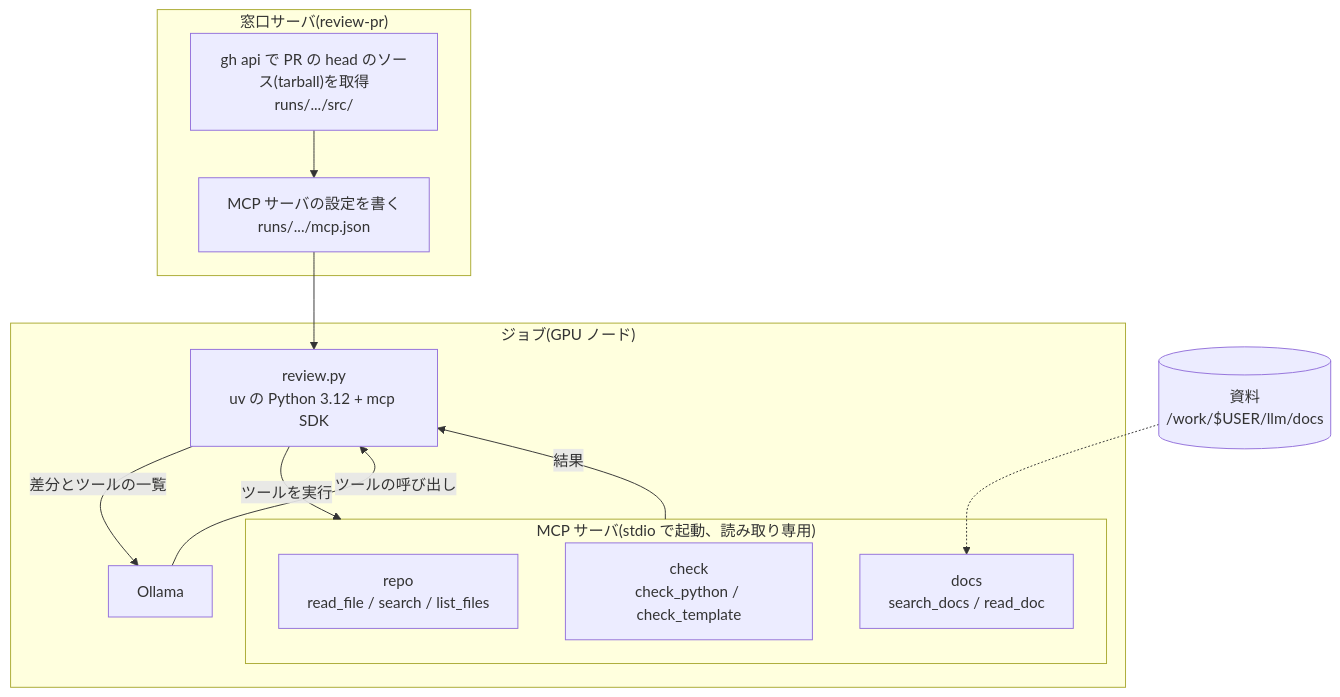
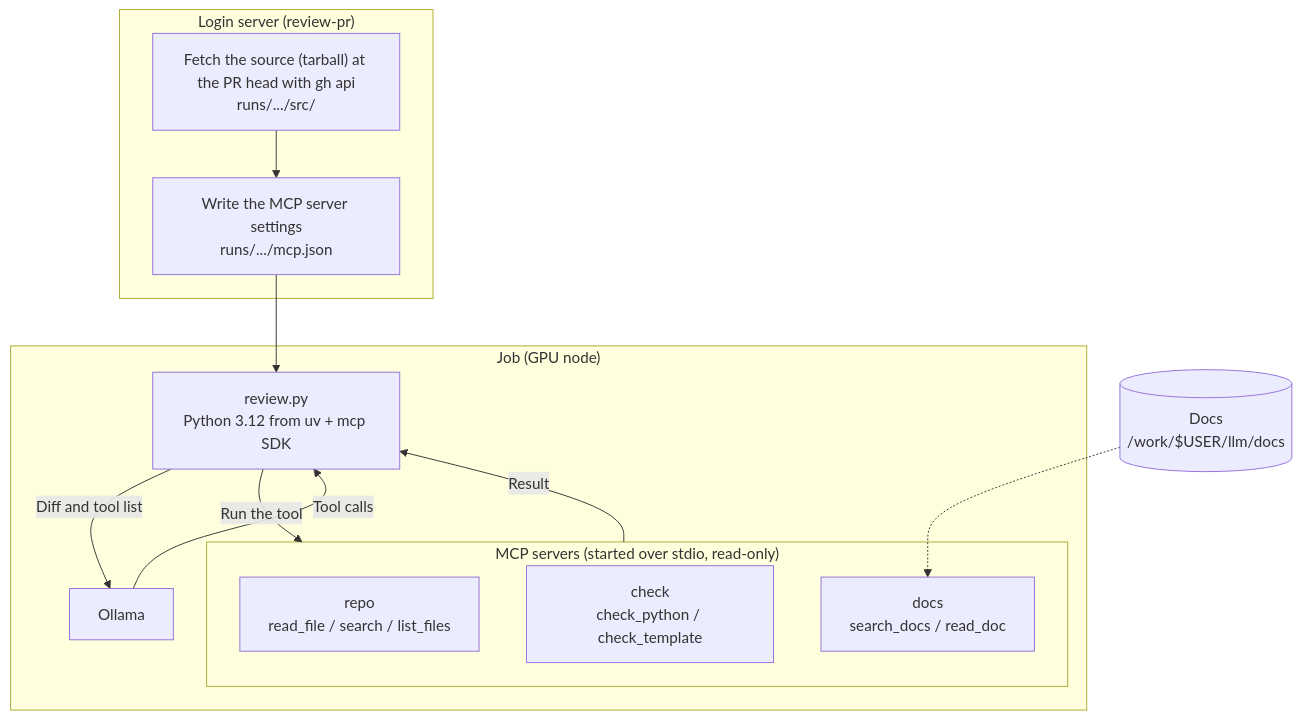
The second of 3 diagrams in README.md (dodolia907/mikawa-pbl-localllm-review), drawn with Mermaid before and after one commit. The commit also changed other lines of this file, not shown here.

````diff
--- a/README.md
+++ b/README.md
@@ -222,23 +222,23 @@
 ```mermaid
 flowchart TB
-  subgraph ydev["窓口サーバ(review-pr)"]
-    A["gh api で PR の head のソース(tarball)を取得<br/>runs/.../src/"]
-    B["MCP サーバの設定を書く<br/>runs/.../mcp.json"]
+  subgraph ydev["Login server (review-pr)"]
+    A["Fetch the source (tarball) at the PR head with gh api<br/>runs/.../src/"]
+    B["Write the MCP server settings<br/>runs/.../mcp.json"]
     A --> B
   end
-  subgraph node["ジョブ(GPU ノード)"]
-    R["review.py<br/>uv の Python 3.12 + mcp SDK"]
+  subgraph node["Job (GPU node)"]
+    R["review.py<br/>Python 3.12 from uv + mcp SDK"]
     O["Ollama"]
-    subgraph mcp["MCP サーバ(stdio で起動、読み取り専用)"]
+    subgraph mcp["MCP servers (started over stdio, read-only)"]
       S1["repo<br/>read_file / search / list_files"]
       S2["check<br/>check_python / check_template"]
       S3["docs<br/>search_docs / read_doc"]
     end
-    R -- "差分とツールの一覧" --> O
-    O -- "ツールの呼び出し" --> R
-    R -- "ツールを実行" --> mcp
-    mcp -- "結果" --> R
+    R -- "Diff and tool list" --> O
+    O -- "Tool calls" --> R
+    R -- "Run the tool" --> mcp
+    mcp -- "Result" --> R
   end
   B --> R
-  D[("資料<br/>/work/$USER/llm/docs")] -.-> S3
+  D[("Docs<br/>/work/$USER/llm/docs")] -.-> S3
 ```
````
